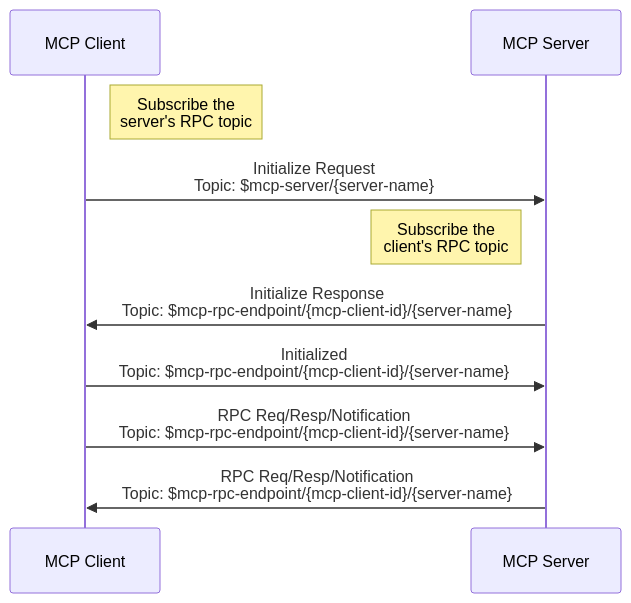
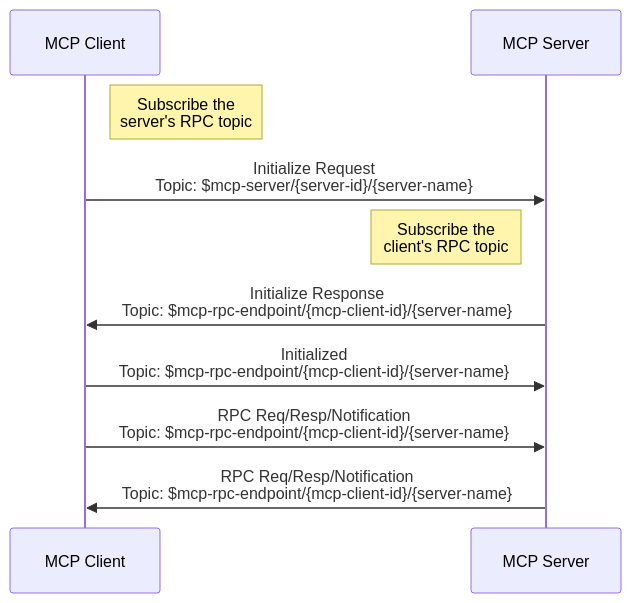
One commit to xiaokunzhang/mcp-over-mqtt-site changed the second of 4 diagrams in mcp/specification/2025-03-26/basic/mqtt_transport.md. Above: the diagram before and after it, drawn with Mermaid. The commit also changed other lines of this file, not shown here.

Commit message:
fix: add server-id in control topic

````diff
--- a/mcp/specification/2025-03-26/basic/mqtt_transport.md
+++ b/mcp/specification/2025-03-26/basic/mqtt_transport.md
@@ -224,13 +224,13 @@
 ```mermaid
 sequenceDiagram
   participant MCP_Client as MCP Client
   participant MCP_Server as MCP Server
 
   Note right of MCP_Client: Subscribe the<br/>server's RPC topic
-  MCP_Client ->> MCP_Server: Initialize Request<br/>Topic: $mcp-server/{server-name}
+  MCP_Client ->> MCP_Server: Initialize Request<br/>Topic: $mcp-server/{server-id}/{server-name}
   Note left of MCP_Server: Subscribe the<br/>client's RPC topic
   MCP_Server ->> MCP_Client: Initialize Response<br/>Topic: $mcp-rpc-endpoint/{mcp-client-id}/{server-name}
   MCP_Client ->> MCP_Server: Initialized<br/>Topic: $mcp-rpc-endpoint/{mcp-client-id}/{server-name}
   MCP_Client ->> MCP_Server: RPC Req/Resp/Notification<br/>Topic: $mcp-rpc-endpoint/{mcp-client-id}/{server-name}
   MCP_Server ->> MCP_Client: RPC Req/Resp/Notification<br/>Topic: $mcp-rpc-endpoint/{mcp-client-id}/{server-name}
 ```
````
